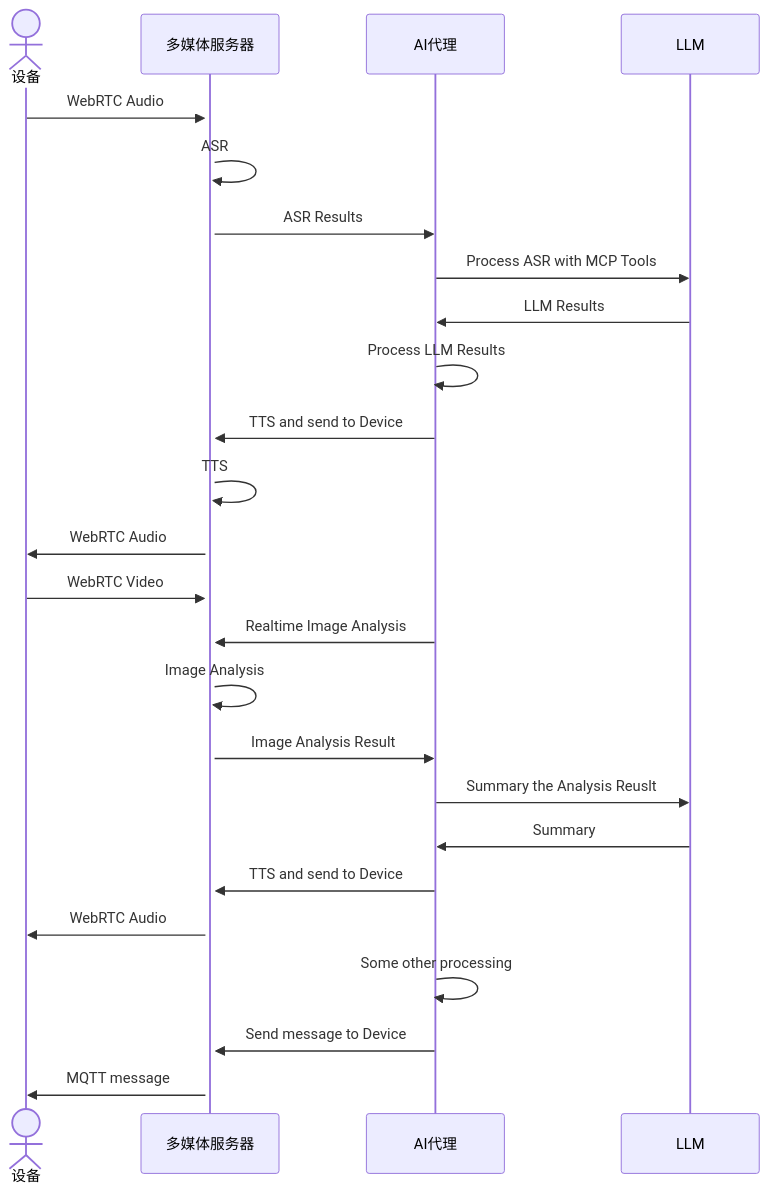
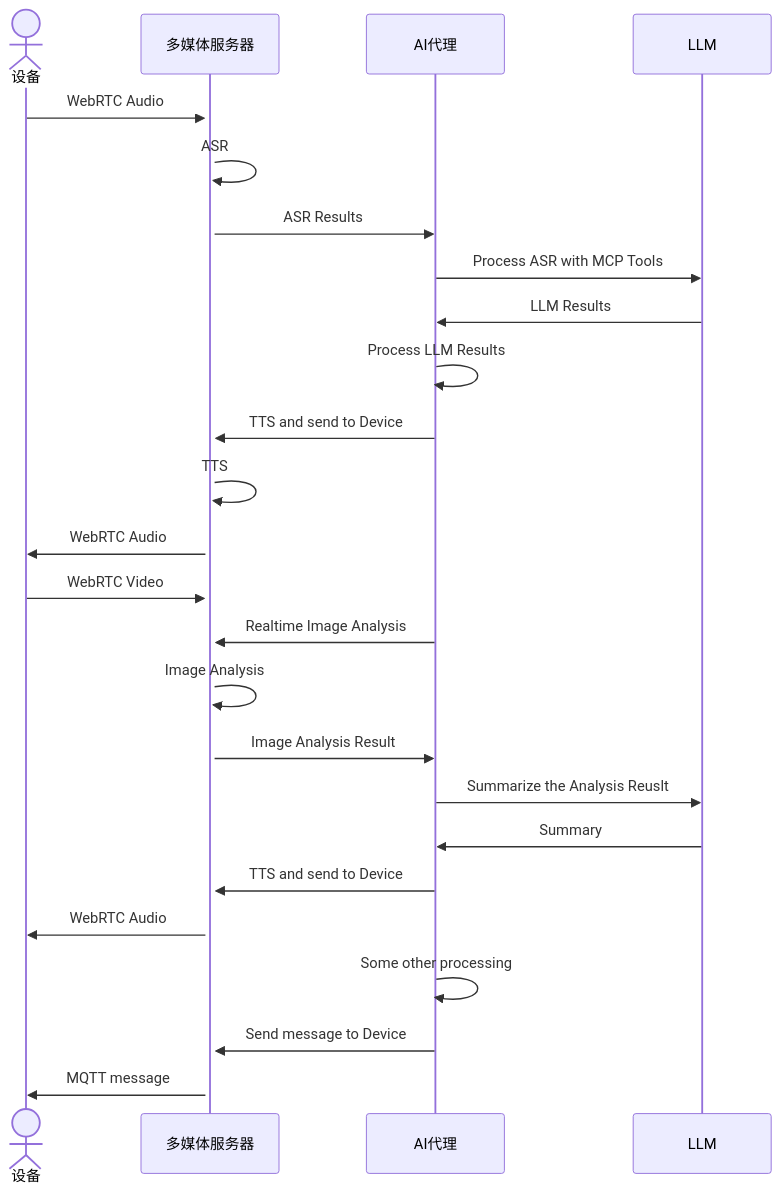
One commit to emqx/emqx-docs changed the second of 2 diagrams in zh_CN/emqx-ai/multimedia-ai/architecture.md. Above: the diagram before and after it, drawn with Mermaid. The commit also changed other lines of this file and 17 other files, not shown here.

````diff
--- a/zh_CN/emqx-ai/multimedia-ai/architecture.md
+++ b/zh_CN/emqx-ai/multimedia-ai/architecture.md
@@ -30,28 +31,28 @@
 ```mermaid
 sequenceDiagram
   actor Customer as 设备
   participant Media as 多媒体服务器
   participant P1 as AI代理
   participant P2 as LLM
 
   Customer ->>+ Media: WebRTC Audio
   Media ->> Media: ASR
   Media ->> P1: ASR Results
   P1 ->> P2: Process ASR with MCP Tools
   P2 ->> P1: LLM Results
   P1 ->> P1: Process LLM Results
   P1 ->> Media: TTS and send to Device
   Media ->> Media: TTS
   Media ->> Customer: WebRTC Audio
   Customer ->> Media: WebRTC Video
   P1 ->> Media: Realtime Image Analysis
   Media ->> Media: Image Analysis
   Media ->> P1: Image Analysis Result
-  P1 ->> P2: Summary the Analysis Reuslt
+  P1 ->> P2: Summarize the Analysis Reuslt
   P2 ->> P1: Summary
   P1 ->> Media: TTS and send to Device
   Media ->> Customer: WebRTC Audio
   P1 ->> P1: Some other processing
   P1 ->> Media: Send message to Device
   Media ->> Customer: MQTT message
 ```
````
